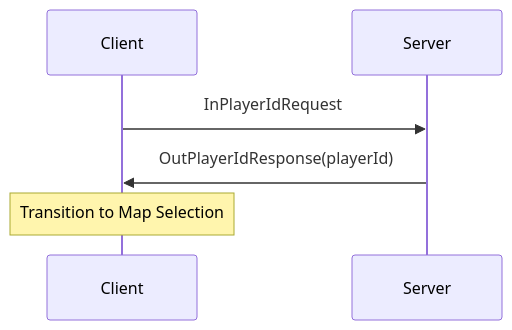
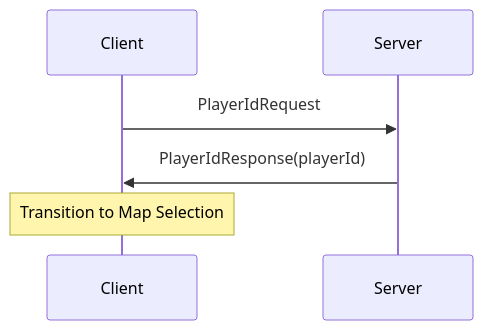
The first of 4 diagrams in Learning/ExternalMessagesReference.md (smidy/ChickenFight), drawn with Mermaid before and after one commit. The commit also changed other lines of this file and 3 other files, not shown here.

````diff
--- a/Learning/ExternalMessagesReference.md
+++ b/Learning/ExternalMessagesReference.md
@@ -36,9 +74,9 @@
 ```mermaid
 sequenceDiagram
     participant Client
     participant Server
     
-    Client->>Server: InPlayerIdRequest
-    Server->>Client: OutPlayerIdResponse(playerId)
+    Client->>Server: PlayerIdRequest
+    Server->>Client: PlayerIdResponse(playerId)
     Note over Client: Transition to Map Selection
 ```
````
